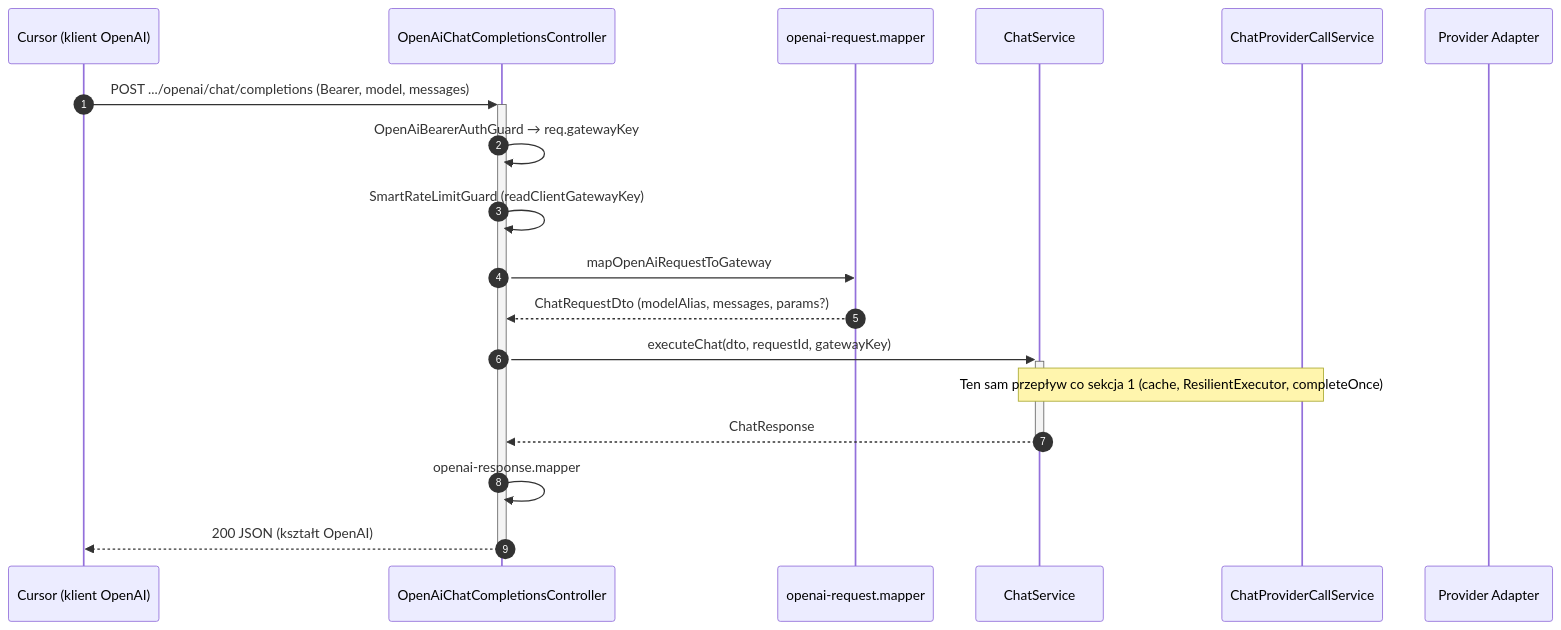
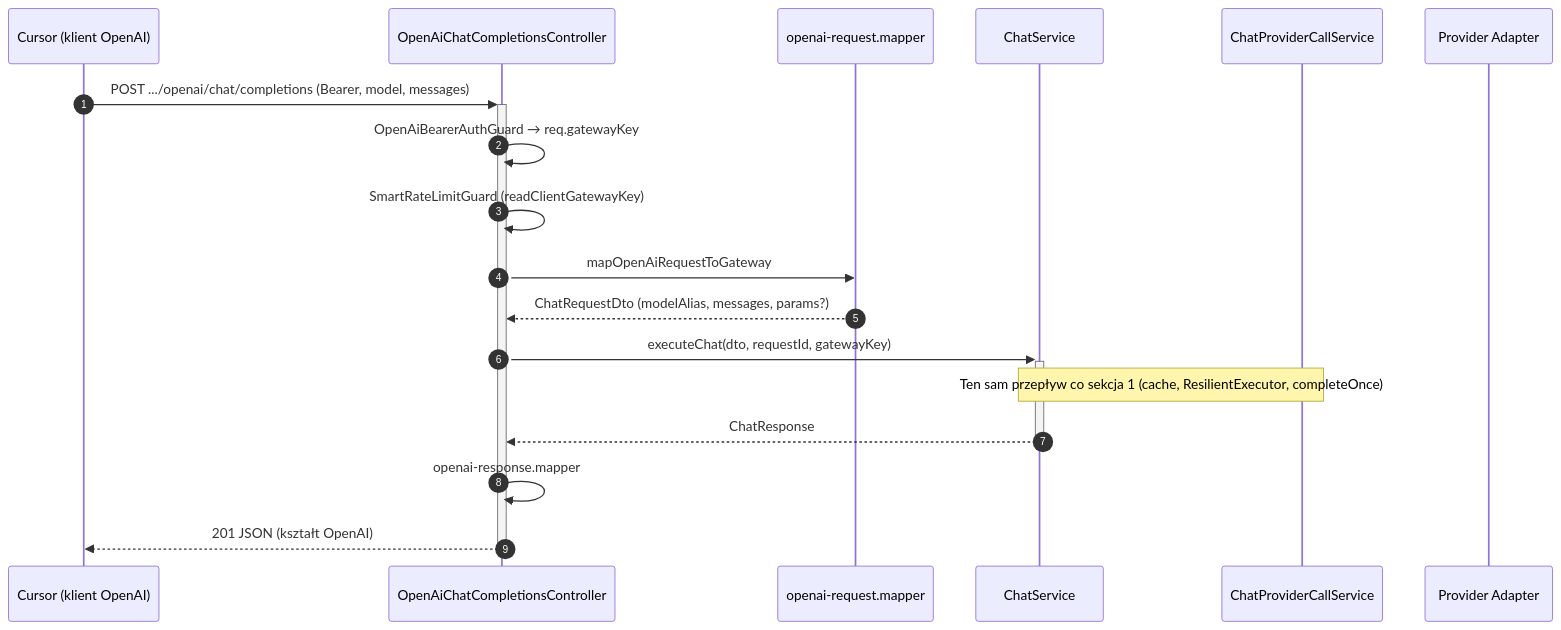
Before and after one commit to matej2314/ai-provider-gateway: the fifth of 6 diagrams in docs/data_flow.md, drawn with Mermaid. The commit also changed other lines of this file and 16 other files, not shown here.

````diff
--- a/docs/data_flow.md
+++ b/docs/data_flow.md
@@ -170,21 +170,21 @@
 ```mermaid
 sequenceDiagram
   autonumber
   participant K as Cursor (klient OpenAI)
   participant F as OpenAiChatCompletionsController
   participant M as openai-request.mapper
   participant S as ChatService
   participant PC as ChatProviderCallService
   participant P as Provider Adapter
 
   K->>+F: POST .../openai/chat/completions (Bearer, model, messages)
   F->>F: OpenAiBearerAuthGuard → req.gatewayKey
   F->>F: SmartRateLimitGuard (readClientGatewayKey)
   F->>M: mapOpenAiRequestToGateway
   M-->>F: ChatRequestDto (modelAlias, messages, params?)
   F->>+S: executeChat(dto, requestId, gatewayKey)
   Note over S,PC: Ten sam przepływ co sekcja 1 (cache, ResilientExecutor, completeOnce)
   S-->>-F: ChatResponse
   F->>F: openai-response.mapper
-  F-->>-K: 200 JSON (kształt OpenAI)
+  F-->>-K: 201 JSON (kształt OpenAI)
 ```
````
